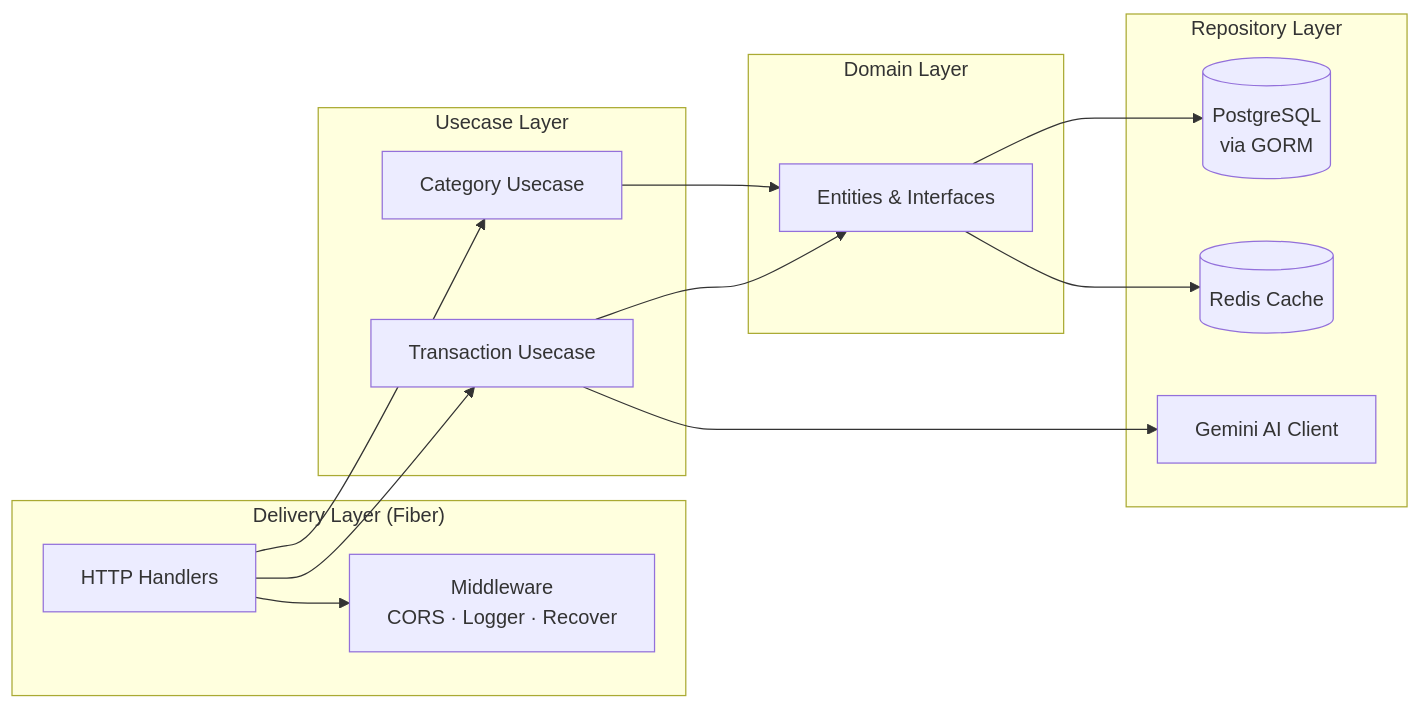
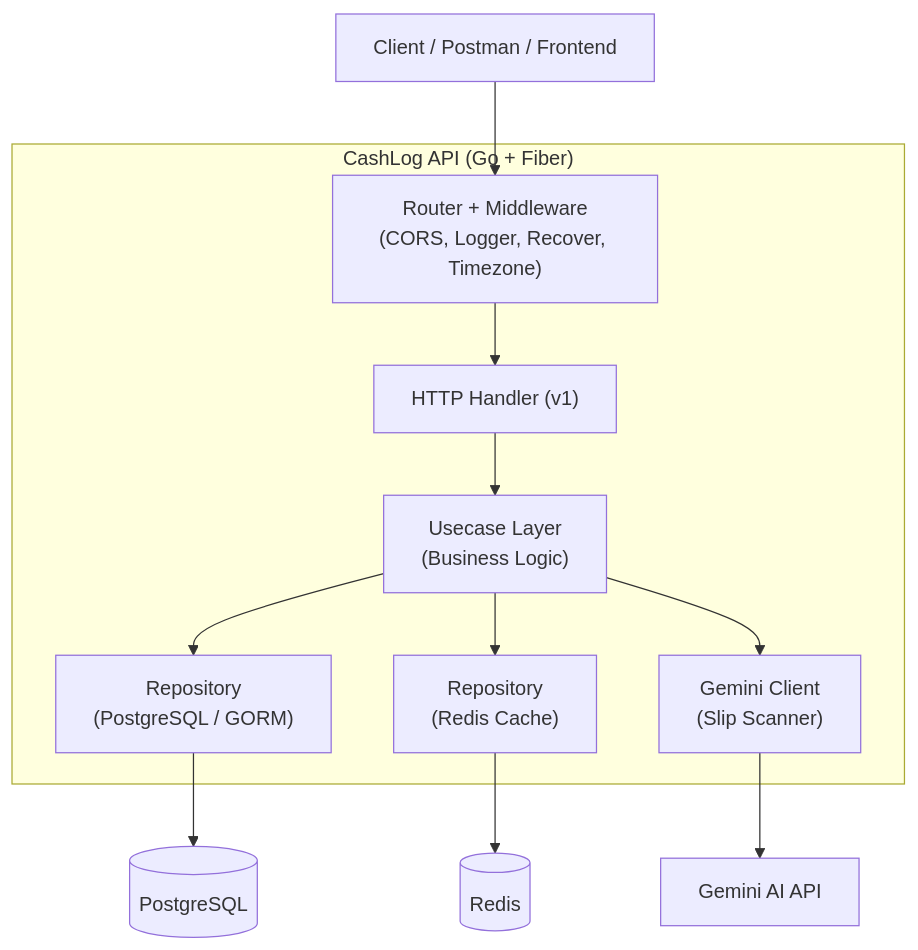
Before and after one commit to Jaruvat303/cashlog-api: the first of 2 diagrams in README.md, drawn with Mermaid. The commit also changed other lines of this file, not shown here.

````diff
--- a/README.md
+++ b/README.md
@@ -61,29 +36,22 @@
 ```mermaid
-flowchart LR
-    subgraph Delivery["Delivery Layer (Fiber)"]
-        A[HTTP Handlers] --> B[Middleware<br/>CORS · Logger · Recover]
+flowchart TD
+    Client["Client / Postman / Frontend"]
+
+    subgraph API["CashLog API (Go + Fiber)"]
+        Router["Router + Middleware<br/>(CORS, Logger, Recover, Timezone)"]
+        Handler["HTTP Handler (v1)"]
+        Usecase["Usecase Layer<br/>(Business Logic)"]
+        RepoPG["Repository<br/>(PostgreSQL / GORM)"]
+        RepoRedis["Repository<br/>(Redis Cache)"]
+        Gemini["Gemini Client<br/>(Slip Scanner)"]
     end
 
-    subgraph Usecase["Usecase Layer"]
-        C[Transaction Usecase]
-        D[Category Usecase]
-    end
+    DB[("PostgreSQL")]
+    Cache[("Redis")]
+    AI["Gemini AI API"]
 
-    subgraph Domain["Domain Layer"]
-        E[Entities & Interfaces]
-    end
-
-    subgraph Repository["Repository Layer"]
-        F[(PostgreSQL<br/>via GORM)]
-        G[(Redis Cache)]
-        H[Gemini AI Client]
-    end
-
-    A --> C
-    A --> D
-    C --> E
-    D --> E
-    E --> F
-    E --> G
-    C --> H
+    Client --> Router --> Handler --> Usecase
+    Usecase --> RepoPG --> DB
+    Usecase --> RepoRedis --> Cache
+    Usecase --> Gemini --> AI
 ```
````
